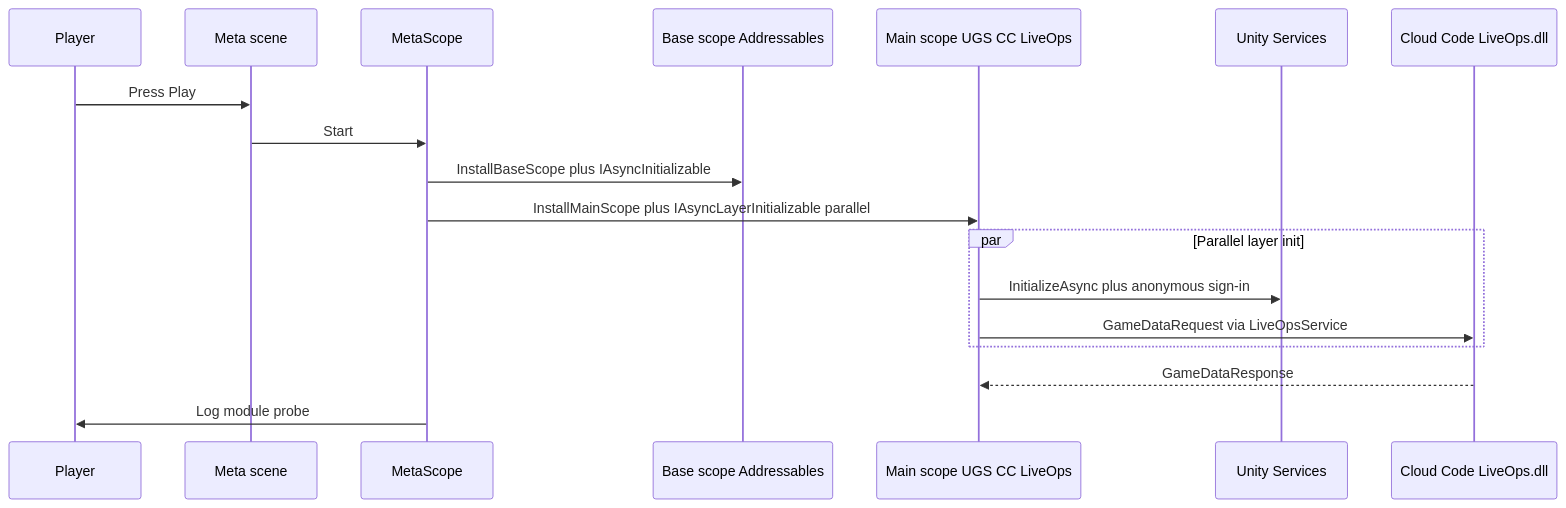
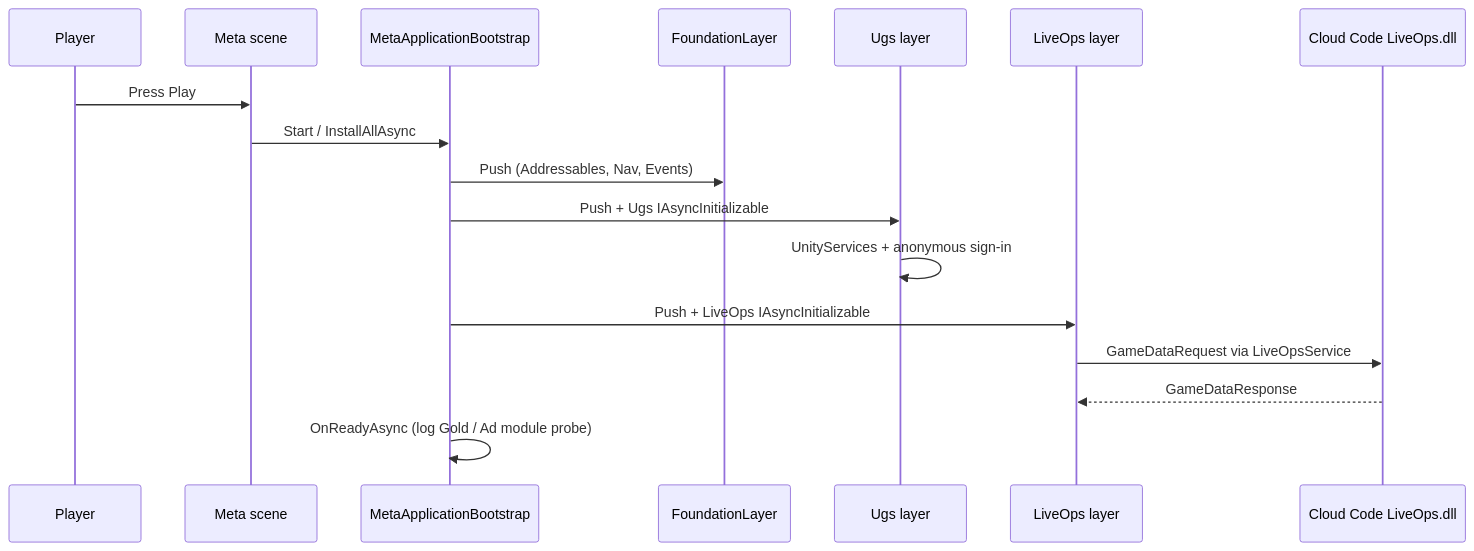
The second of 2 diagrams in Docs/LiveOps/Bootstrap.md (DuckDuckWeasel/Gear-Engine), drawn with Mermaid before and after one commit. The commit also changed other lines of this file and 129 other files, not shown here.

````diff
--- a/Docs/LiveOps/Bootstrap.md
+++ b/Docs/LiveOps/Bootstrap.md
@@ -42,21 +42,20 @@
 ```mermaid
 sequenceDiagram
     participant Player
     participant Meta as Meta scene
-    participant Host as MetaScope
-    participant Base as Base scope Addressables
-    participant Main as Main scope UGS CC LiveOps
-    participant UGS as Unity Services
+    participant Boot as MetaApplicationBootstrap
+    participant Found as FoundationLayer
+    participant UGS as Ugs layer
+    participant Lo as LiveOps layer
     participant Server as Cloud Code LiveOps.dll
 
     Player->>Meta: Press Play
-    Meta->>Host: Start
-    Host->>Base: InstallBaseScope plus IAsyncInitializable
-    Host->>Main: InstallMainScope plus IAsyncLayerInitializable parallel
-    par Parallel layer init
-        Main->>UGS: InitializeAsync plus anonymous sign-in
-        Main->>Server: GameDataRequest via LiveOpsService
-    end
-    Server-->>Main: GameDataResponse
-    Host->>Player: Log module probe
+    Meta->>Boot: Start / InstallAllAsync
+    Boot->>Found: Push (Addressables, Nav, Events)
+    Boot->>UGS: Push + Ugs IAsyncInitializable
+    UGS->>UGS: UnityServices + anonymous sign-in
+    Boot->>Lo: Push + LiveOps IAsyncInitializable
+    Lo->>Server: GameDataRequest via LiveOpsService
+    Server-->>Lo: GameDataResponse
+    Boot->>Boot: OnReadyAsync (log Gold / Ad module probe)
 ```
````
